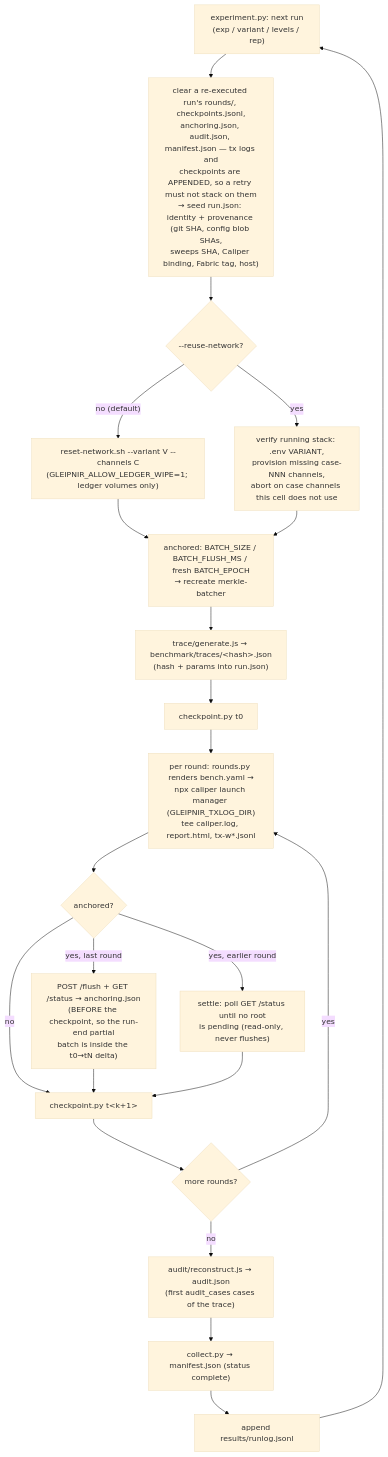
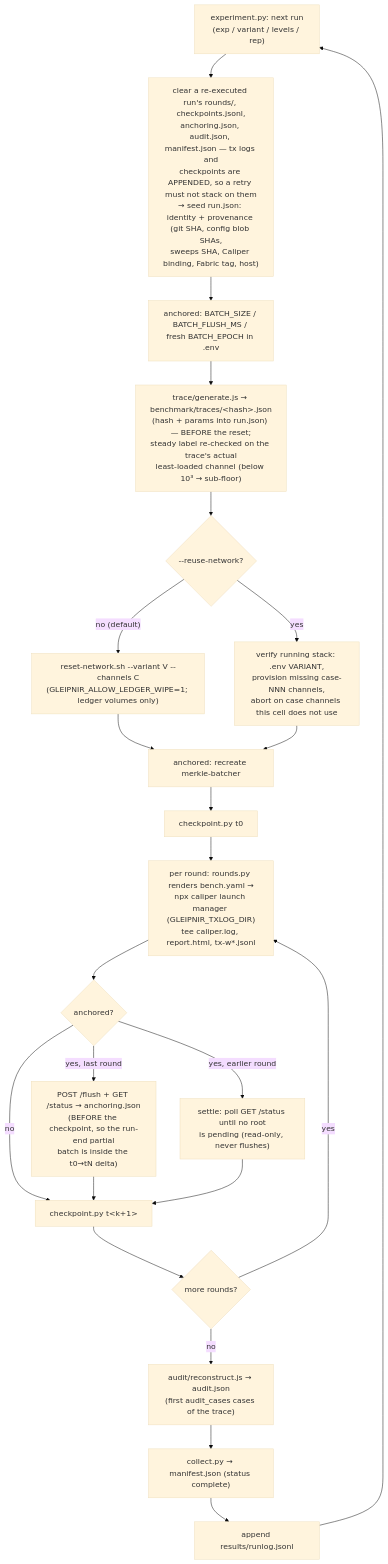
One commit to theflorist18/GLEIPNIR changed the eighth of 8 diagrams in docs/AS-BUILT.md. Above: the diagram before and after it, drawn with Mermaid (base theme). The commit also changed other lines of this file and 76 other files, not shown here.

````diff
--- a/docs/AS-BUILT.md
+++ b/docs/AS-BUILT.md
@@ -650,24 +649,25 @@
 ```mermaid
 flowchart TD
     A["experiment.py: next run<br/>(exp / variant / levels / rep)"] --> B["clear a re-executed run's rounds/, checkpoints.jsonl,<br/>anchoring.json, audit.json, manifest.json — tx logs and<br/>checkpoints are APPENDED, so a retry must not stack on them<br/>→ seed run.json: identity + provenance (git SHA, config blob SHAs,<br/>sweeps SHA, Caliper binding, Fabric tag, host)"]
-    B --> C{"--reuse-network?"}
+    B --> B2["anchored: BATCH_SIZE / BATCH_FLUSH_MS / fresh BATCH_EPOCH in .env"]
+    B2 --> G["trace/generate.js → benchmark/traces/&lt;hash&gt;.json<br/>(hash + params into run.json) — BEFORE the reset;<br/>steady label re-checked on the trace's actual<br/>least-loaded channel (below 10³ → sub-floor)"]
+    G --> C{"--reuse-network?"}
     C -- "no (default)" --> D["reset-network.sh --variant V --channels C<br/>(GLEIPNIR_ALLOW_LEDGER_WIPE=1; ledger volumes only)"]
     C -- yes --> E["verify running stack: .env VARIANT,<br/>provision missing case-NNN channels,<br/>abort on case channels this cell does not use"]
     D --> F
-    E --> F["anchored: BATCH_SIZE / BATCH_FLUSH_MS / fresh BATCH_EPOCH<br/>→ recreate merkle-batcher"]
-    F --> G["trace/generate.js → benchmark/traces/&lt;hash&gt;.json<br/>(hash + params into run.json)"]
-    G --> H["checkpoint.py t0"]
+    E --> F["anchored: recreate merkle-batcher"]
+    F --> H["checkpoint.py t0"]
     H --> I["per round: rounds.py renders bench.yaml →<br/>npx caliper launch manager (GLEIPNIR_TXLOG_DIR)<br/>tee caliper.log, report.html, tx-w*.jsonl"]
     I --> P{"anchored?"}
     P -- "yes, last round" --> Q["POST /flush + GET /status → anchoring.json<br/>(BEFORE the checkpoint, so the run-end partial<br/>batch is inside the t0→tN delta)"]
     P -- "yes, earlier round" --> R["settle: poll GET /status until no root<br/>is pending (read-only, never flushes)"]
     P -- no --> J
     Q --> J
     R --> J["checkpoint.py t&lt;k+1&gt;"]
     J --> K{"more rounds?"}
     K -- yes --> I
     K -- no --> M["audit/reconstruct.js → audit.json<br/>(first audit_cases cases of the trace)"]
     M --> N["collect.py → manifest.json (status complete)"]
     N --> O["append results/runlog.jsonl"]
     O --> A
 ```
````
